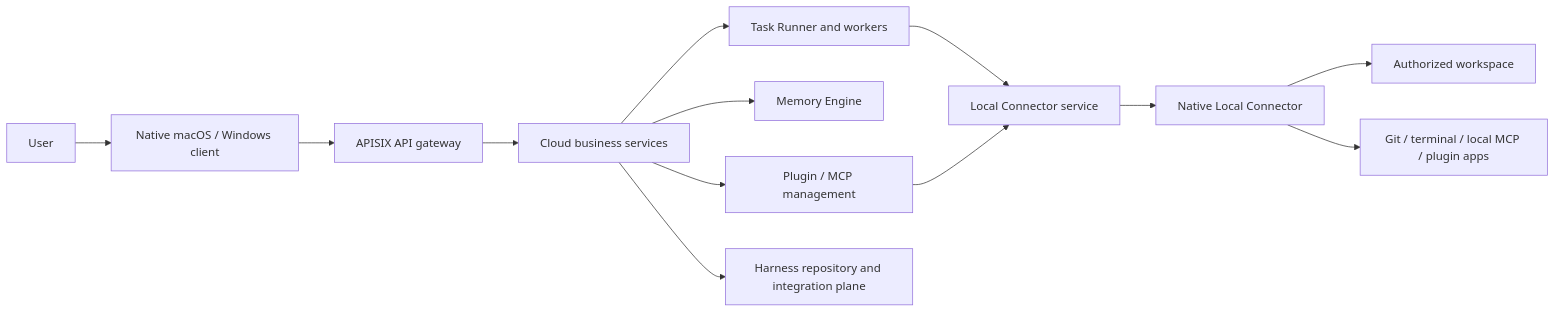
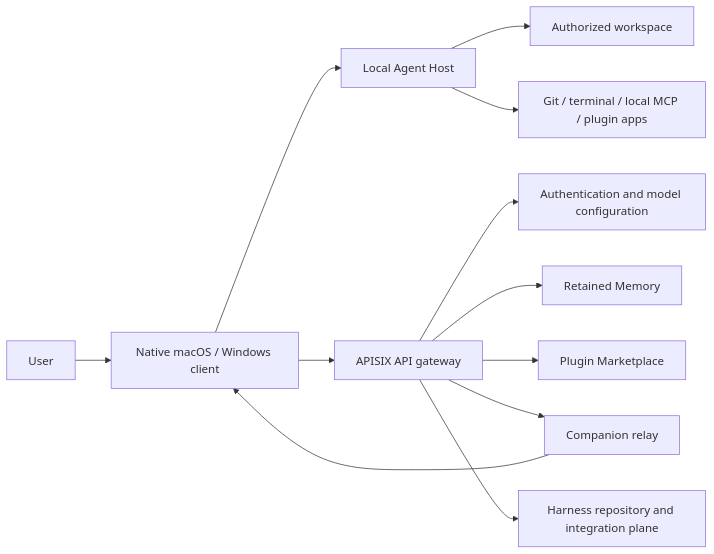
Before and after one commit to leeoohoo/chatos_rs: the diagram in README.md, drawn with Mermaid. The commit also changed other lines of this file and 7 other files, not shown here.

````diff
--- a/README.md
+++ b/README.md
@@ -35,15 +35,14 @@
 ```mermaid
 flowchart LR
     U[User] --> C[Native macOS / Windows client]
+    C --> A[Local Agent Host]
+    A --> W[Authorized workspace]
+    A --> X[Git / terminal / local MCP / plugin apps]
     C --> G[APISIX API gateway]
-    G --> S[Cloud business services]
-    S --> T[Task Runner and workers]
-    S --> M[Memory Engine]
-    S --> P[Plugin / MCP management]
-    T --> L[Local Connector service]
-    P --> L
-    L --> N[Native Local Connector]
-    N --> W[Authorized workspace]
-    N --> X[Git / terminal / local MCP / plugin apps]
-    S --> H[Harness repository and integration plane]
+    G --> I[Authentication and model configuration]
+    G --> M[Retained Memory]
+    G --> P[Plugin Marketplace]
+    G --> L[Companion relay]
+    L --> C
+    G --> H[Harness repository and integration plane]
 ```
````
